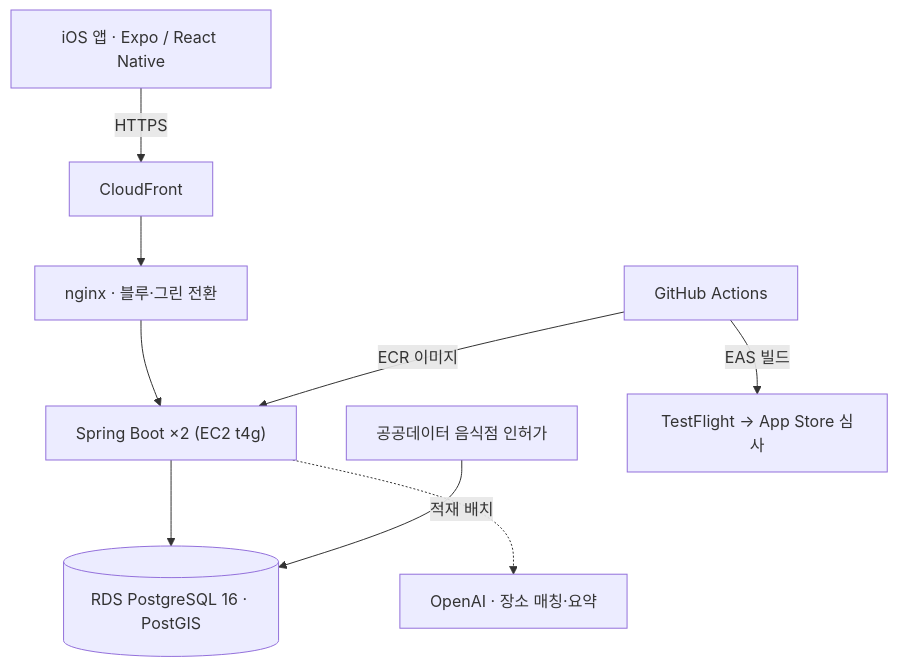
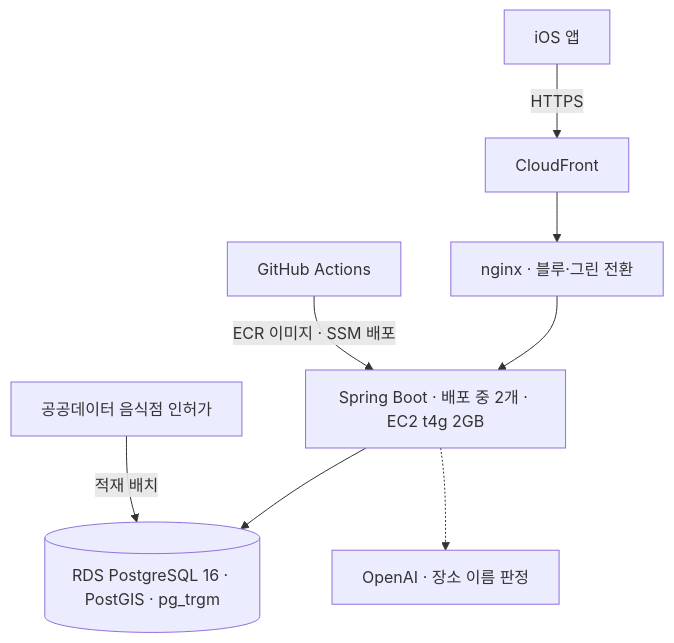
One commit to jhkang0516/pindish changed the diagram in README.md. Above: the diagram before and after it, drawn with Mermaid. The commit also changed other lines of this file, not shown here.

````diff
--- a/README.md
+++ b/README.md
@@ -53,11 +24,10 @@
 ```mermaid
 flowchart TB
-  App["iOS 앱 · Expo / React Native"] -->|HTTPS| CF[CloudFront]
+  App["iOS 앱"] -->|HTTPS| CF[CloudFront]
   CF --> NG["nginx · 블루·그린 전환"]
-  NG --> API["Spring Boot ×2 (EC2 t4g)"]
-  API --> DB[("RDS PostgreSQL 16 · PostGIS")]
-  API -.-> LLM["OpenAI · 장소 매칭·요약"]
+  NG --> API["Spring Boot · 배포 중 2개 · EC2 t4g 2GB"]
+  API --> DB[("RDS PostgreSQL 16 · PostGIS · pg_trgm")]
+  API -.-> LLM["OpenAI · 장소 이름 판정"]
   CSV["공공데이터 음식점 인허가"] -->|적재 배치| DB
-  GH["GitHub Actions"] -->|ECR 이미지| API
-  GH -->|EAS 빌드| AS["TestFlight → App Store 심사"]
+  GH["GitHub Actions"] -->|ECR 이미지 · SSM 배포| API
 ```
````
